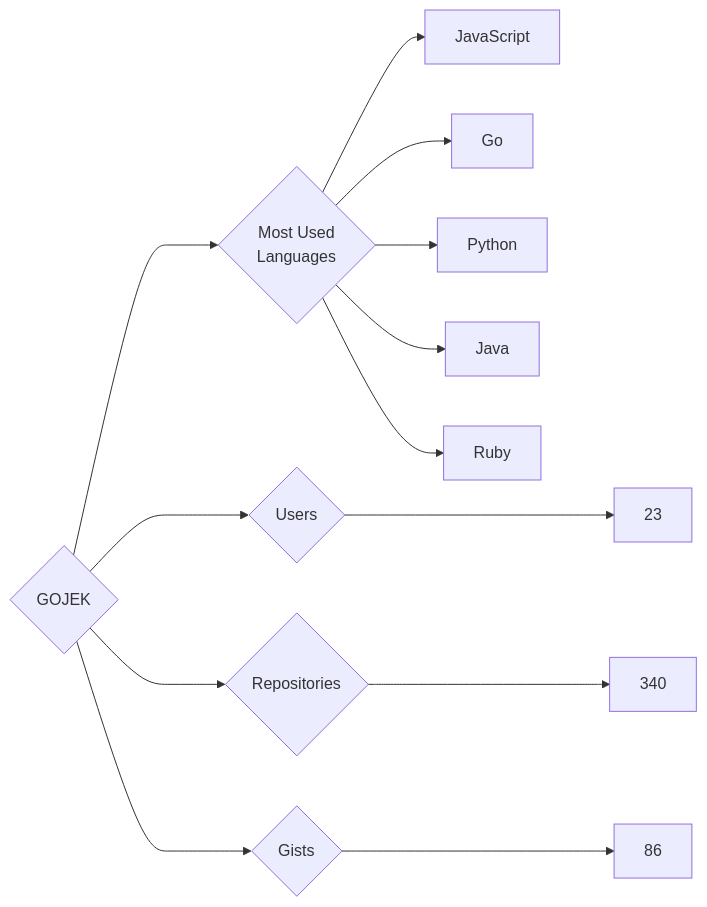
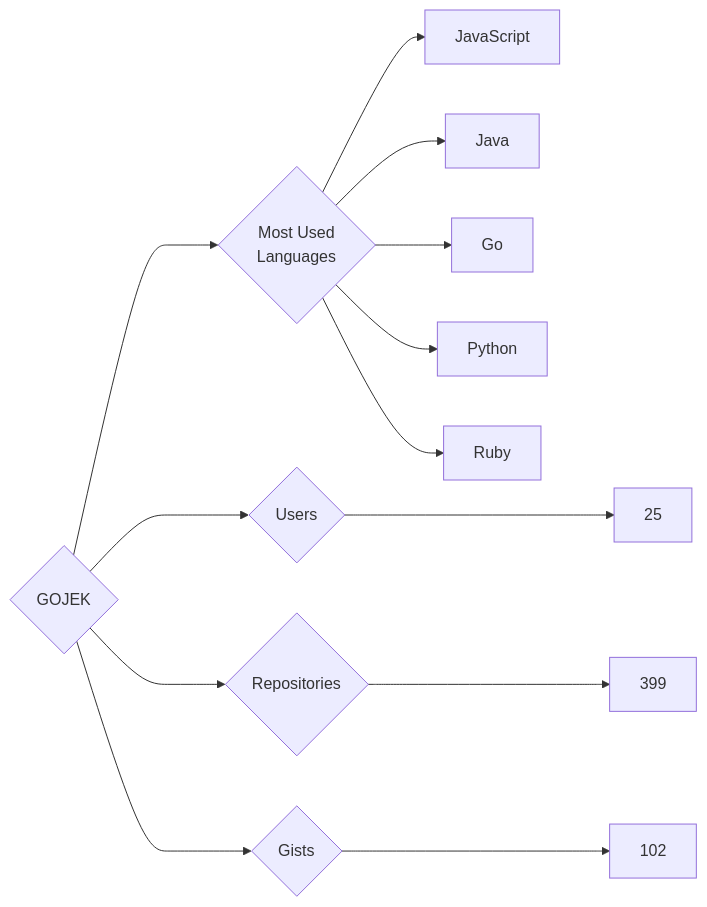
One commit to trickest/insiders changed the diagram in targets/GOJEK/README.md. Above: the diagram before and after it, drawn with Mermaid. The commit also changed 965 other files, not shown here.

````diff
--- a/targets/GOJEK/README.md
+++ b/targets/GOJEK/README.md
@@ -3,13 +3,13 @@
 ```mermaid
 graph LR
 COMPANY_NAME{GOJEK}
-COMPANY_NAME ---> U{Users} ---> UN[23]
-COMPANY_NAME ---> R{Repositories} ---> RN[340]
-COMPANY_NAME ---> G{Gists} ---> GN[86]
+COMPANY_NAME ---> U{Users} ---> UN[25]
+COMPANY_NAME ---> R{Repositories} ---> RN[399]
+COMPANY_NAME ---> G{Gists} ---> GN[102]
 COMPANY_NAME ---> ML{Most Used<br>Languages}
 ML --> JavaScript[JavaScript]
+ML --> Java[Java]
 ML --> Go[Go]
 ML --> Python[Python]
-ML --> Java[Java]
 ML --> Ruby[Ruby]
 ```
````
